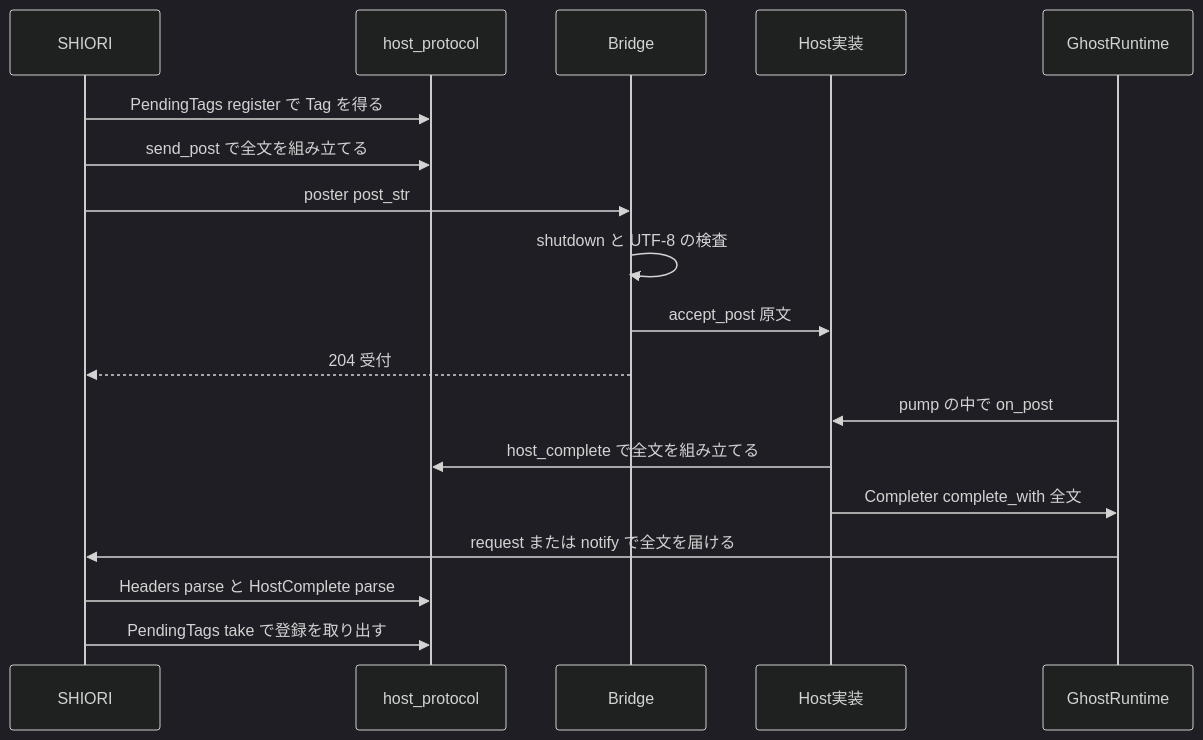
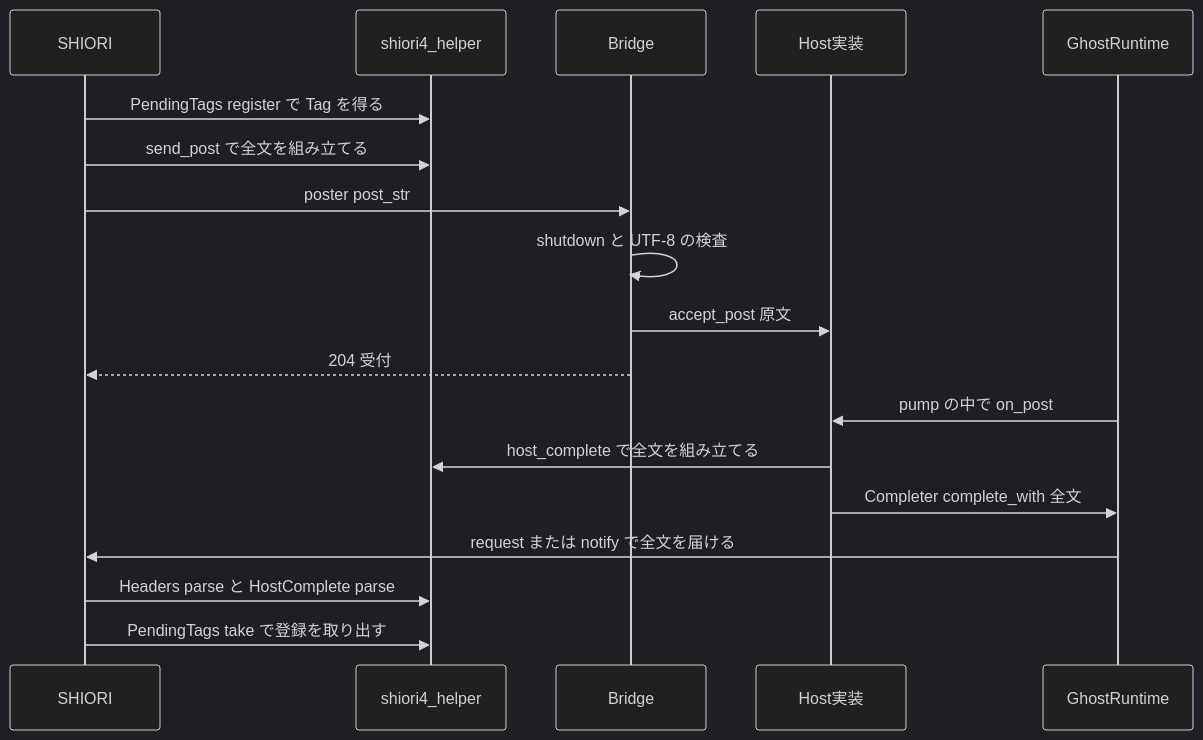
Before and after one commit to ekicyou/shiori4: the second of 3 diagrams in .kiro/specs/host-protocol/design.md, drawn with Mermaid (dark theme). The commit also changed other lines of this file and 2 other files, not shown here.

Commit message:
docs(host-protocol): resolve design discussion #1 - shiori4_helper クレートを新設

````diff
--- a/.kiro/specs/host-protocol/design.md
+++ b/.kiro/specs/host-protocol/design.md
@@ -130,20 +138,20 @@
 ```mermaid
 sequenceDiagram
     participant G as SHIORI
-    participant P as host_protocol
+    participant P as shiori4_helper
     participant B as Bridge
     participant H as Host実装
     participant R as GhostRuntime
     G->>P: PendingTags register で Tag を得る
     G->>P: send_post で全文を組み立てる
     G->>B: poster post_str
     B->>B: shutdown と UTF-8 の検査
     B->>H: accept_post 原文
     B-->>G: 204 受付
     R->>H: pump の中で on_post
     H->>P: host_complete で全文を組み立てる
     H->>R: Completer complete_with 全文
     R->>G: request または notify で全文を届ける
     G->>P: Headers parse と HostComplete parse
     G->>P: PendingTags take で登録を取り出す
 ```
````
